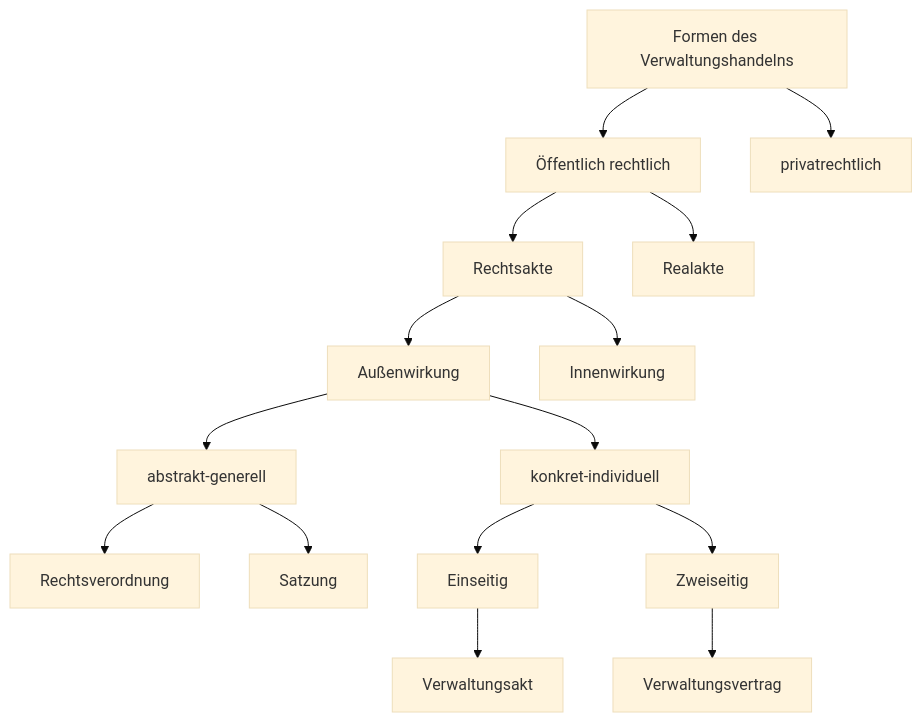
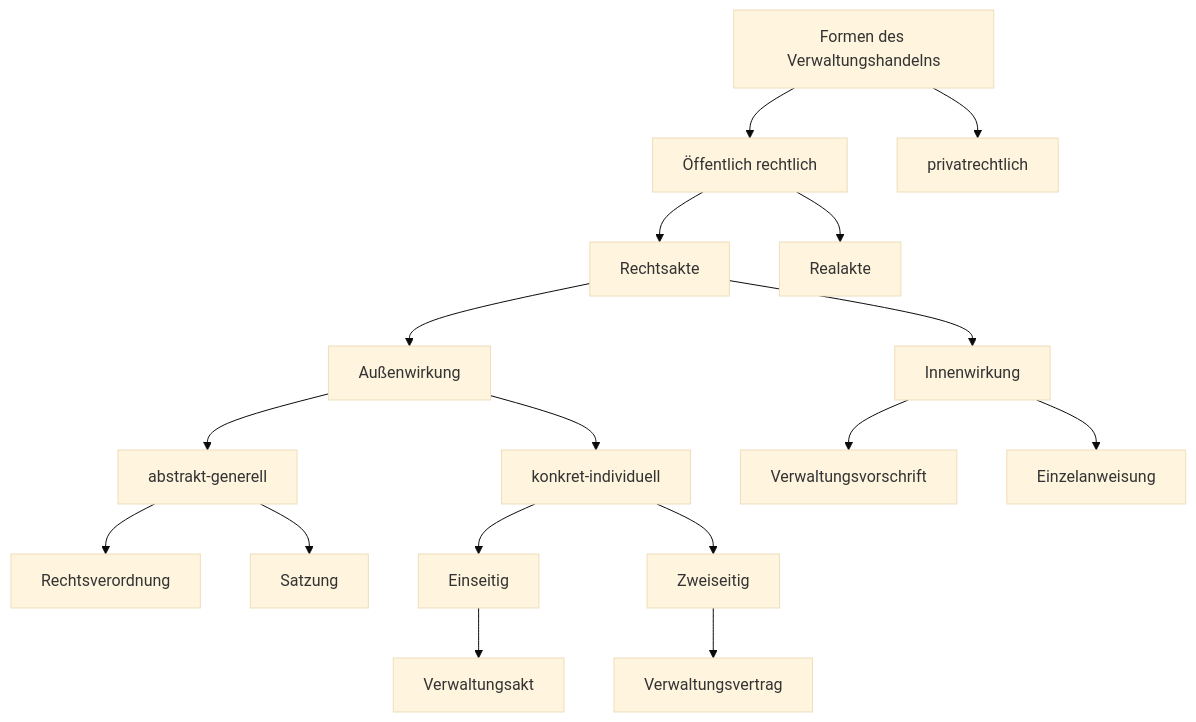
Before and after one commit to jakobschumacher/mitschrift_weiterbildungskurs: the first of 2 diagrams in _posts/2019-02-12-Verwaltungsrecht.md, drawn with Mermaid (base theme). The commit also changed other lines of this file, not shown here.

```diff
--- a/_posts/2019-02-12-Verwaltungsrecht.md
+++ b/_posts/2019-02-12-Verwaltungsrecht.md
@@ -134,17 +129,19 @@
 <div class="mermaid">
 graph TD;
     X["Formen des Verwaltungshandelns"]-->A["Öffentlich rechtlich"];
     X-->privatrechtlich;
     A["Öffentlich rechtlich"]-->Rechtsakte;
     A-->B["Realakte"];
     Rechtsakte-->Außenwirkung;
     Rechtsakte-->Innenwirkung;
     Außenwirkung --> abstrakt-generell;
     abstrakt-generell-->Rechtsverordnung;
     abstrakt-generell-->Satzung;
     Außenwirkung --> konkret-individuell;
     konkret-individuell-->Einseitig;
     Einseitig-->Verwaltungsakt
     konkret-individuell-->Zweiseitig;
     Zweiseitig-->Verwaltungsvertrag;
+    Innenwirkung-->Verwaltungsvorschrift;
+    Innenwirkung-->Einzelanweisung
 </div>
```
